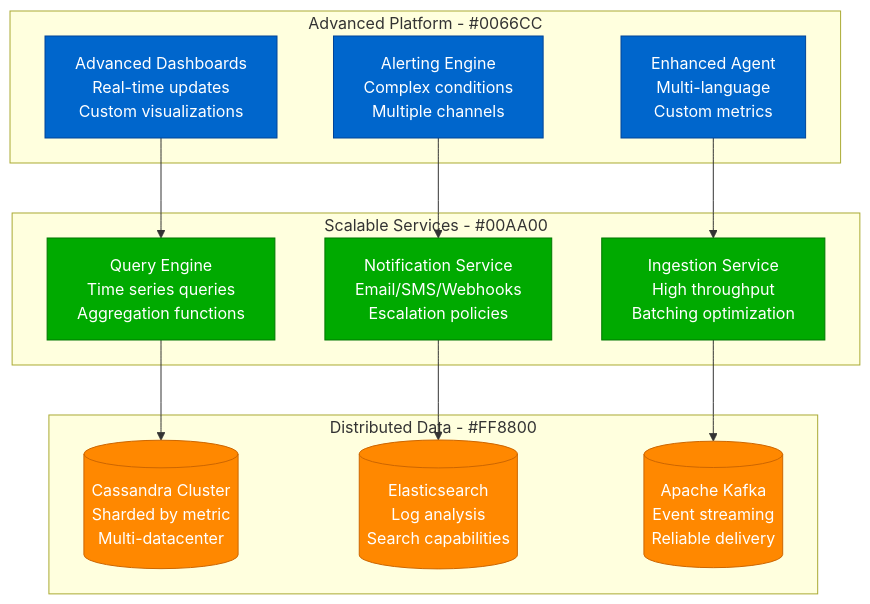
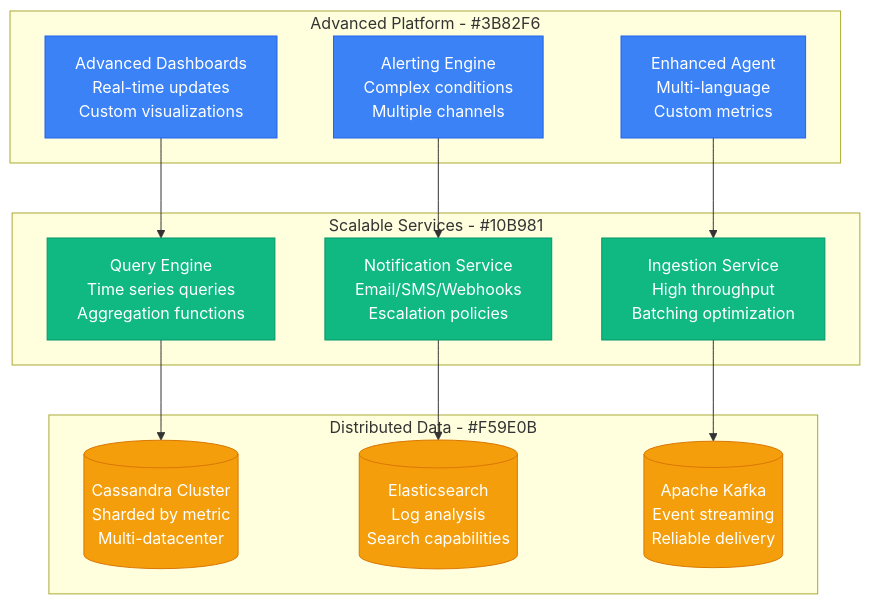
One commit to deepaucksharma/DS changed the second of 3 diagrams in site/docs/scaling/datadog-scale-evolution.md. Above: the diagram before and after it, drawn with Mermaid. The commit also changed other lines of this file and 187 other files, not shown here.

````diff
--- a/site/docs/scaling/datadog-scale-evolution.md
+++ b/site/docs/scaling/datadog-scale-evolution.md
@@ -70,35 +70,35 @@
 ```mermaid
 graph TB
-    subgraph AdvancedPlatform[Advanced Platform - #0066CC]
+    subgraph AdvancedPlatform[Advanced Platform - #3B82F6]
         AGENT_V2[Enhanced Agent<br/>Multi-language<br/>Custom metrics]
         DASHBOARD[Advanced Dashboards<br/>Real-time updates<br/>Custom visualizations]
         ALERTING[Alerting Engine<br/>Complex conditions<br/>Multiple channels]
     end
 
-    subgraph ScalableServices[Scalable Services - #00AA00]
+    subgraph ScalableServices[Scalable Services - #10B981]
         INGESTION[Ingestion Service<br/>High throughput<br/>Batching optimization]
         QUERY_ENGINE[Query Engine<br/>Time series queries<br/>Aggregation functions]
         NOTIFICATION[Notification Service<br/>Email/SMS/Webhooks<br/>Escalation policies]
     end
 
-    subgraph DistributedData[Distributed Data - #FF8800]
+    subgraph DistributedData[Distributed Data - #F59E0B]
         CASSANDRA_CLUSTER[(Cassandra Cluster<br/>Sharded by metric<br/>Multi-datacenter)]
         ELASTICSEARCH[(Elasticsearch<br/>Log analysis<br/>Search capabilities)]
         KAFKA[(Apache Kafka<br/>Event streaming<br/>Reliable delivery)]
     end
 
     AGENT_V2 --> INGESTION
     DASHBOARD --> QUERY_ENGINE
     ALERTING --> NOTIFICATION
     INGESTION --> KAFKA
     QUERY_ENGINE --> CASSANDRA_CLUSTER
     NOTIFICATION --> ELASTICSEARCH
 
-    classDef platformStyle fill:#0066CC,stroke:#004499,color:#fff
-    classDef serviceStyle fill:#00AA00,stroke:#007700,color:#fff
-    classDef dataStyle fill:#FF8800,stroke:#CC6600,color:#fff
+    classDef platformStyle fill:#3B82F6,stroke:#2563EB,color:#fff
+    classDef serviceStyle fill:#10B981,stroke:#059669,color:#fff
+    classDef dataStyle fill:#F59E0B,stroke:#D97706,color:#fff
 
     class AGENT_V2,DASHBOARD,ALERTING platformStyle
     class INGESTION,QUERY_ENGINE,NOTIFICATION serviceStyle
     class CASSANDRA_CLUSTER,ELASTICSEARCH,KAFKA dataStyle
 ```
````
